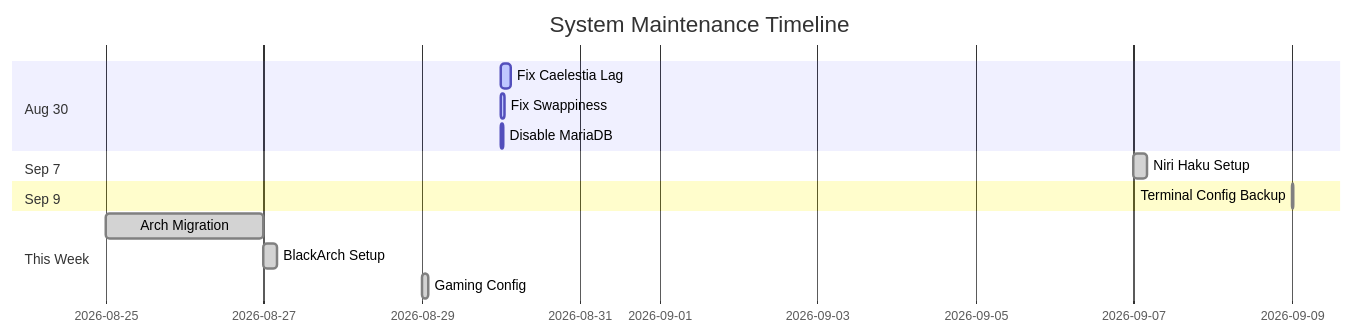
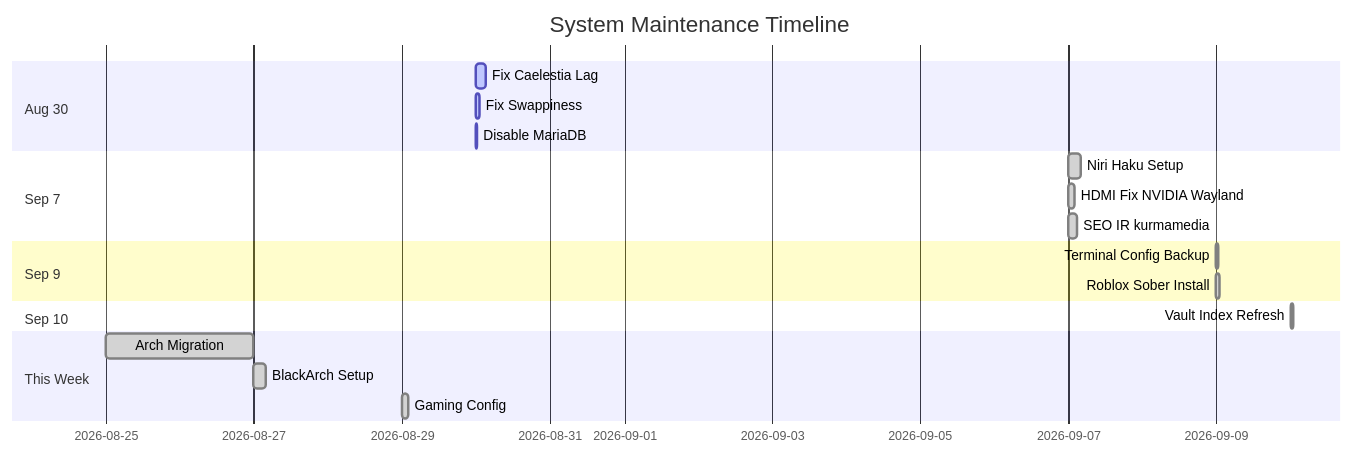
Before and after one commit to 444Nazky/My-Vault: the fourth of 13 diagrams in Map of Content.md, drawn with Mermaid. The commit also changed other lines of this file and 4 other files, not shown here.

````diff
--- a/Map of Content.md
+++ b/Map of Content.md
@@ -93,21 +101,27 @@
 ```mermaid
 gantt
     dateFormat  YYYY-MM-DD
     title System Maintenance Timeline
     
     section Aug 30
     Fix Caelestia Lag      :active, 2026-08-30, 3h
     Fix Swappiness        :active, 2026-08-30, 1h
     Disable MariaDB       :active, 2026-08-30, 30m
     
     section Sep 7
     Niri Haku Setup        :done, 2026-09-07, 4h
+    HDMI Fix NVIDIA Wayland :done, 2026-09-07, 2h
+    SEO IR kurmamedia       :done, 2026-09-07, 3h
     
     section Sep 9
     Terminal Config Backup :done, 2026-09-09, 30m
+    Roblox Sober Install    :done, 2026-09-09, 1h
+
+    section Sep 10
+    Vault Index Refresh     :done, 2026-09-10, 1h
     
     section This Week
     Arch Migration      :done, 2026-08-25, 2d
     BlackArch Setup     :done, 2026-08-27, 4h
     Gaming Config       :done, 2026-08-29, 2h
 ```
````
